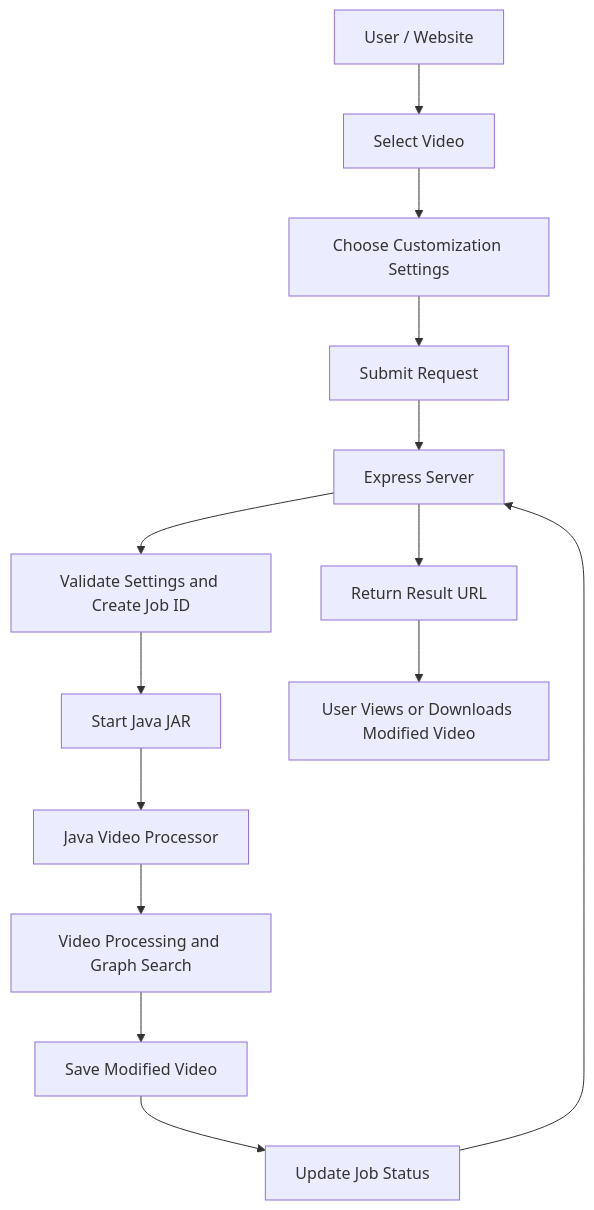
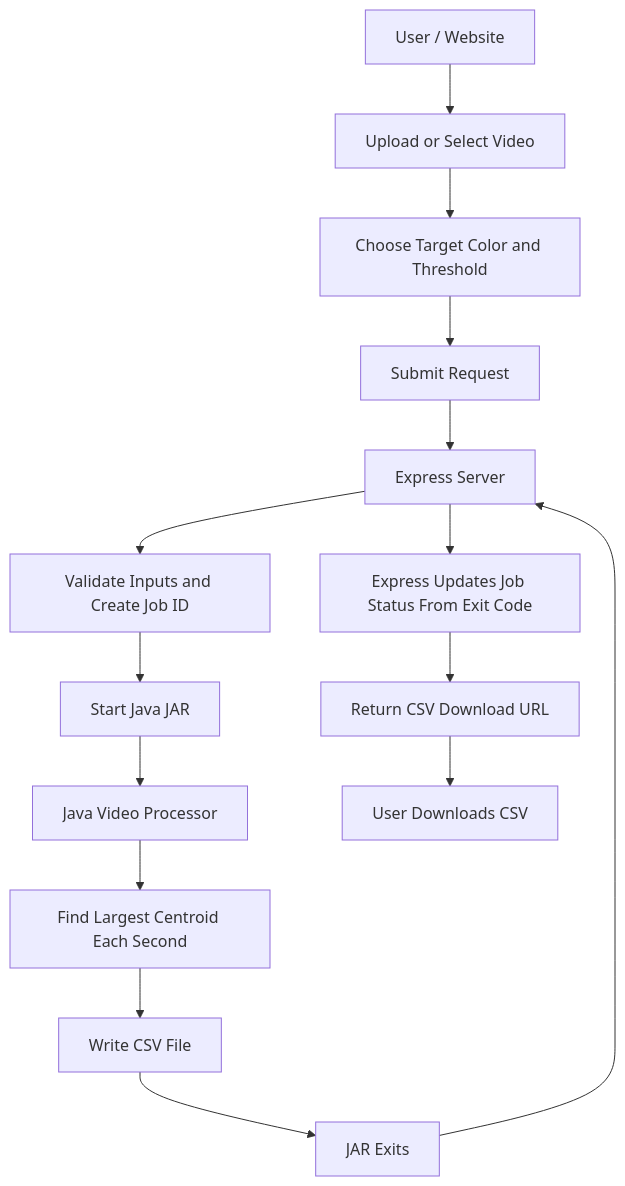
Before and after one commit to grc-cohort-23/centroid-finder: the diagram in serverPlan.md, drawn with Mermaid. The commit also changed other lines of this file, not shown here.

````diff
--- a/serverPlan.md
+++ b/serverPlan.md
@@ -23,16 +22,17 @@
 ```mermaid
 flowchart TD
-    A[User / Website] --> B[Select Video]
-    B --> C[Choose Customization Settings]
+    A[User / Website] --> B[Upload or Select Video]
+    B --> C[Choose Target Color and Threshold]
     C --> D[Submit Request]
     D --> E[Express Server]
-    E --> F[Validate Settings and Create Job ID]
+    E --> F[Validate Inputs and Create Job ID]
     F --> G[Start Java JAR]
     G --> H[Java Video Processor]
-    H --> I[Video Processing and Graph Search]
-    I --> J[Save Modified Video]
-    J --> K[Update Job Status]
+    H --> I[Find Largest Centroid Each Second]
+    I --> J[Write CSV File]
+    J --> K[JAR Exits]
     K --> E
-    E --> L[Return Result URL]
-    L --> M[User Views or Downloads Modified Video]
+    E --> L[Express Updates Job Status From Exit Code]
+    L --> M[Return CSV Download URL]
+    M --> N[User Downloads CSV]
 ```
````
